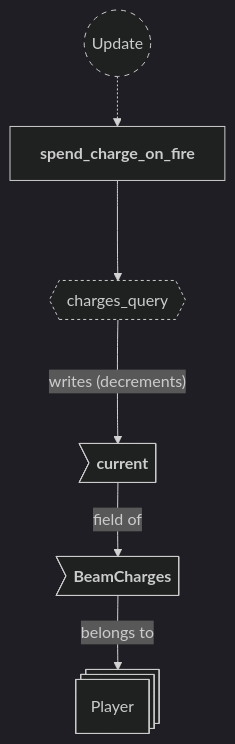
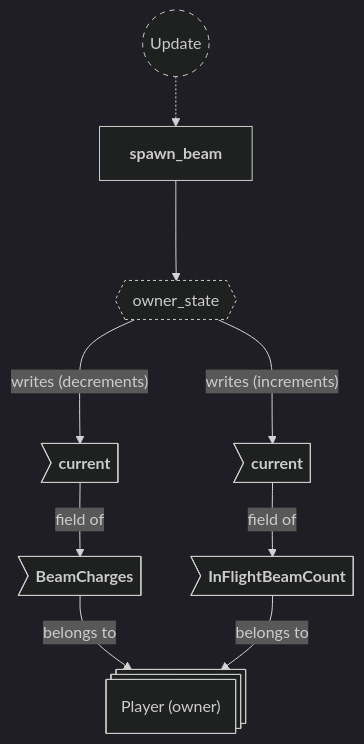
The tenth of 12 diagrams in backlog/docs/doc-7 - 006-Beam-plugin.md (neurosoup/tyled), drawn with Mermaid before and after one commit. The commit also changed other lines of this file and 5 other files, not shown here.

First line of the commit message:
Sync HUD, Beam, Claim, Charge, Round, and Maps docs to the charges-bar/round-exhaustion fix

````diff
--- a/backlog/docs/doc-7 - 006-Beam-plugin.md
+++ b/backlog/docs/doc-7 - 006-Beam-plugin.md
@@ -367,25 +353,28 @@
 ```mermaid
 ---
 config:
   theme: dark
 ---
 
 flowchart TD
 classDef system-group stroke-dasharray: 5 5
 classDef query stroke-dasharray: 3 3
 
 update(("`Update`")):::system-group
-spend_charge_on_fire["`**spend_charge_on_fire**`"]
+spawn_beam["`**spawn_beam**`"]
 
-update -.-> spend_charge_on_fire
+update -.-> spawn_beam
 
-charges_query{{"`charges_query`"}}:::query
-spend_charge_on_fire ---> charges_query
+owner_state_query{{"`owner_state`"}}:::query
+spawn_beam ---> owner_state_query
 
-player_entity@{ shape: st-rect, label: "Player" }
+player_entity@{ shape: st-rect, label: "Player (owner)" }
 
 pe_charges>"`**BeamCharges**`"] --> |belongs to| player_entity
 pe_current>"`**current**`"] --> |field of| pe_charges
+pe_in_flight>"`**InFlightBeamCount**`"] --> |belongs to| player_entity
+pe_in_flight_current>"`**current**`"] --> |field of| pe_in_flight
 
-charges_query ---> |"writes (decrements)"| pe_current
+owner_state_query ---> |"writes (decrements)"| pe_current
+owner_state_query ---> |"writes (increments)"| pe_in_flight_current
 ```
````
